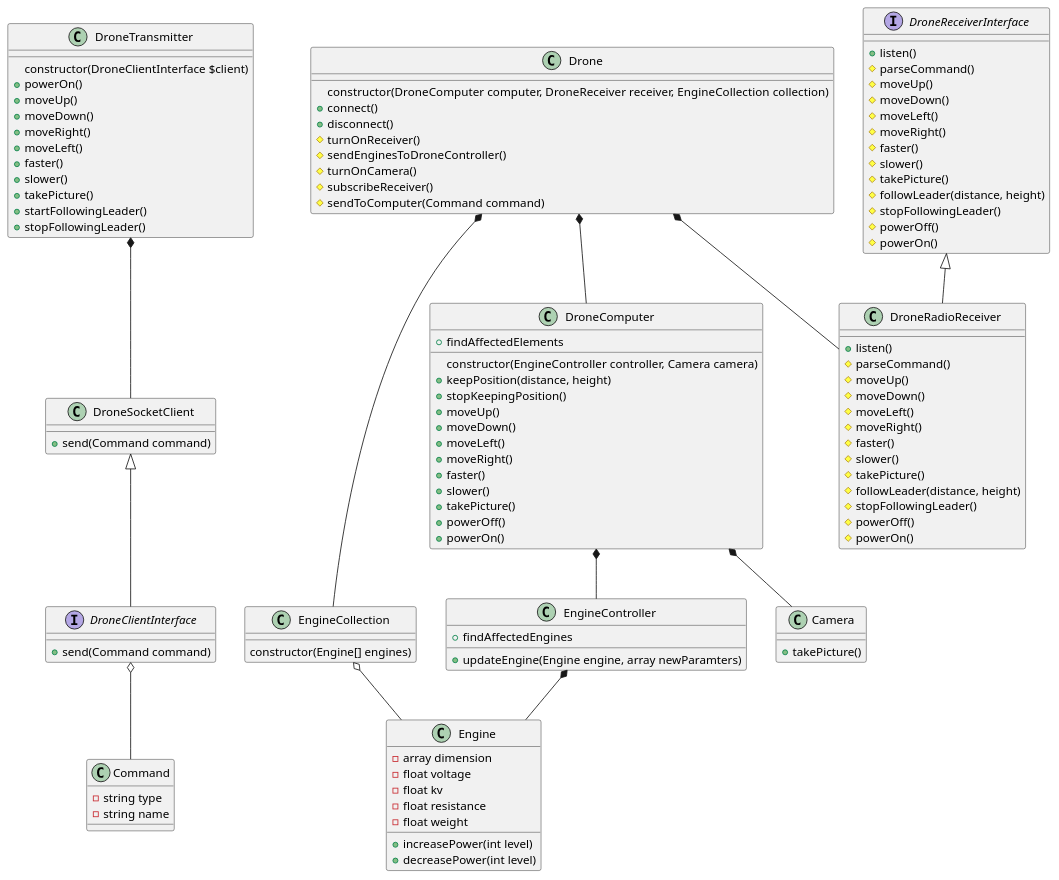
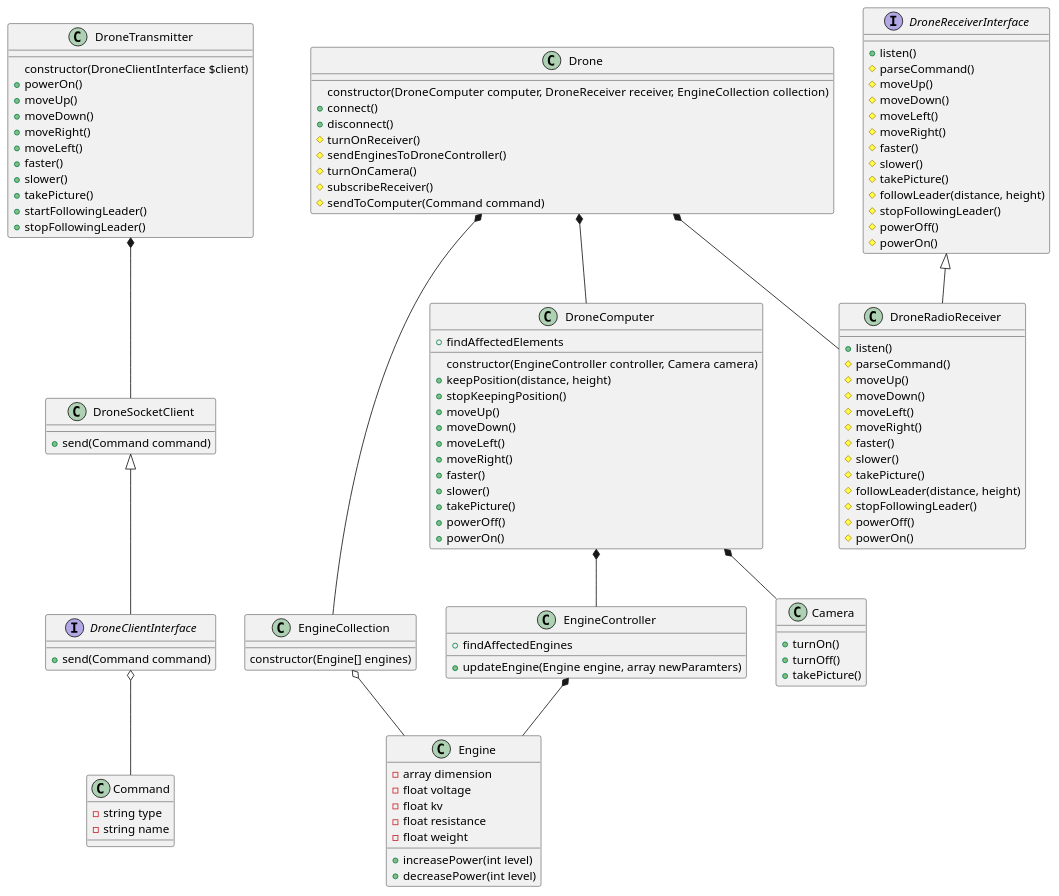
One commit to c3zi/promo-drone changed the diagram in diagrams/class/dron.puml. Above: the diagram before and after it, drawn with PlantUML. The commit also changed 1 other file, not shown here.

```diff
--- a/diagrams/class/dron.puml
+++ b/diagrams/class/dron.puml
@@ -1,138 +1,140 @@
 @startuml
 DroneSocketClient <|-- DroneClientInterface
 DroneTransmitter *-- DroneSocketClient
 EngineCollection o-- Engine
 DroneReceiverInterface <|-- DroneRadioReceiver
 Drone *-- DroneComputer
 Drone *-- DroneRadioReceiver
 Drone *-- EngineCollection
 DroneComputer *-- EngineController
 DroneComputer *-- Camera
 DroneClientInterface o-- Command
 EngineController *-- Engine
 
 class DroneTransmitter
 {
     constructor(DroneClientInterface $client)
     +powerOn()
     +moveUp()
     +moveDown()
     +moveRight()
     +moveLeft()
     +faster()
     +slower()
     +takePicture()
     +startFollowingLeader()
     +stopFollowingLeader()
 }
 
 class Command
 {
     -string type
     -string name
 }
 
 interface DroneClientInterface
 {
     +send(Command command)
 }
 
 class DroneSocketClient
 {
     +send(Command command)
 }
 
 
 interface DroneReceiverInterface
 {
     +listen()
     #parseCommand()
     #moveUp()
     #moveDown()
     #moveLeft()
     #moveRight()
     #faster()
     #slower()
     #takePicture()
     #followLeader(distance, height)
     #stopFollowingLeader()
     #powerOff()
     #powerOn()
 }
 
 class DroneRadioReceiver
 {
     +listen()
     #parseCommand()
     #moveUp()
     #moveDown()
     #moveLeft()
     #moveRight()
     #faster()
     #slower()
     #takePicture()
     #followLeader(distance, height)
     #stopFollowingLeader()
     #powerOff()
     #powerOn()
 }
 
 
 class DroneComputer
 {
     constructor(EngineController controller, Camera camera)
     +findAffectedElements
     +keepPosition(distance, height)
     +stopKeepingPosition()
     +moveUp()
     +moveDown()
     +moveLeft()
     +moveRight()
     +faster()
     +slower()
     +takePicture()
     +powerOff()
     +powerOn()
 }
 
 class EngineCollection
 {
     constructor(Engine[] engines)
 }
 
 class Engine
 {
     -array dimension
     -float voltage
     -float kv
     -float resistance
     -float weight
 
     +increasePower(int level)
     +decreasePower(int level)
 }
 
 class Drone
 {
     constructor(DroneComputer computer, DroneReceiver receiver, EngineCollection collection)
     +connect()
     +disconnect()
     #turnOnReceiver()
     #sendEnginesToDroneController()
     #turnOnCamera()
     #subscribeReceiver()
     #sendToComputer(Command command)
 }
 
 class EngineController
 {
     +findAffectedEngines
     +updateEngine(Engine engine, array newParamters)
 }
 
 class Camera
 {
+    +turnOn()
+    +turnOff()
     +takePicture()
 }
 
 @enduml
```
